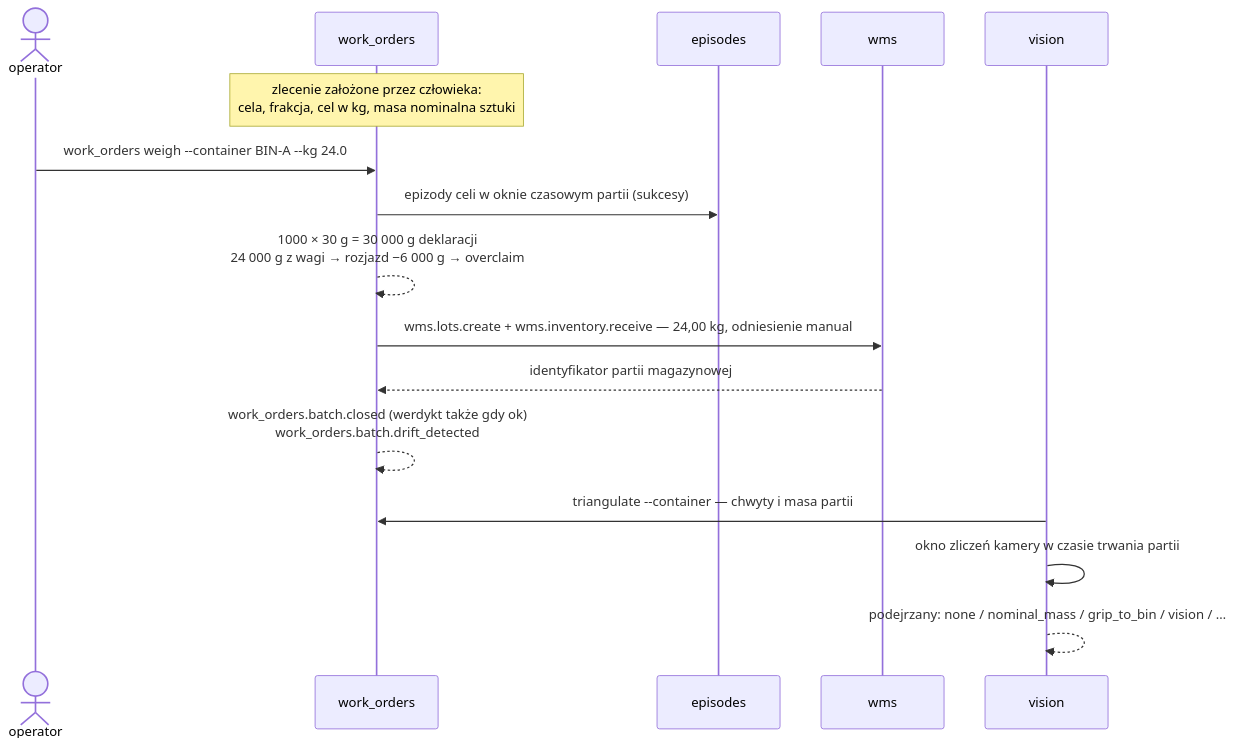
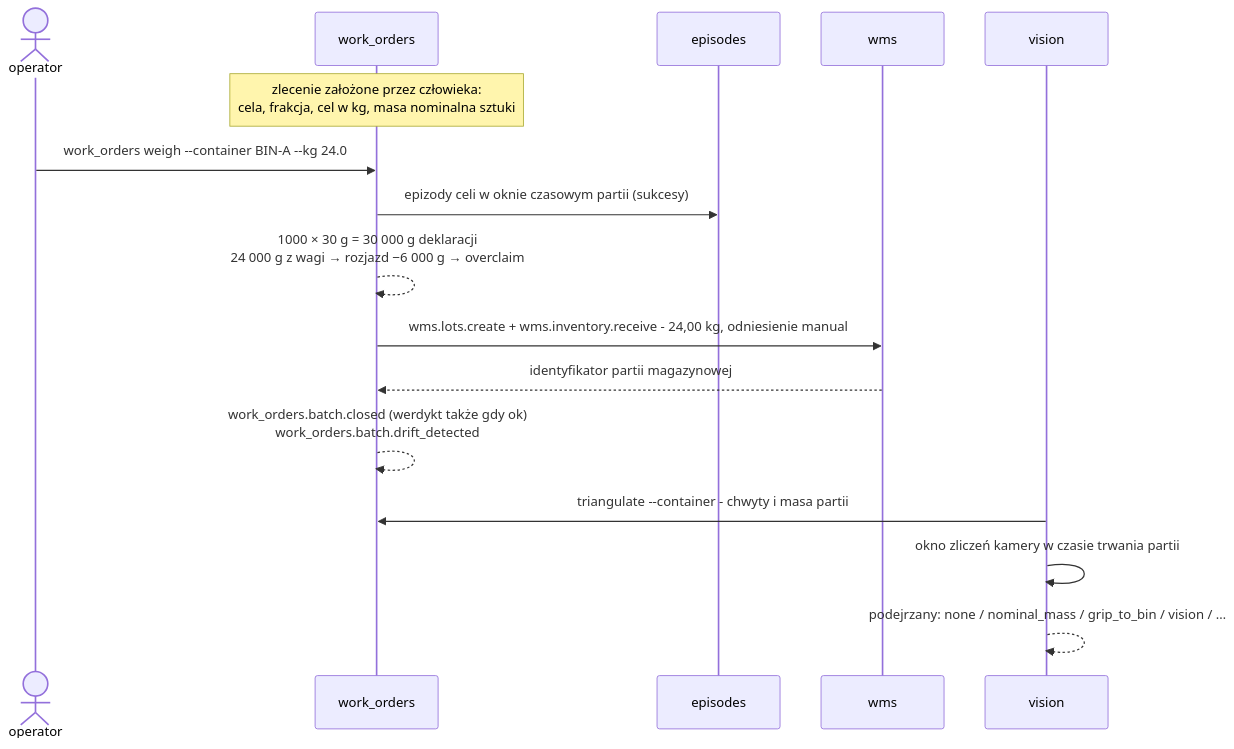
One commit to machinekind/openmercato_garbagekind changed the fifth of 6 diagrams in README.md. Above: the diagram before and after it, drawn with Mermaid. The commit also changed other lines of this file and 295 other files, not shown here.

````diff
--- a/README.md
+++ b/README.md
@@ -834,19 +894,19 @@
 ```mermaid
 sequenceDiagram
     actor O as operator
     participant WO as work_orders
     participant E as episodes
     participant WMS as wms
     participant V as vision
 
     Note over WO: zlecenie założone przez człowieka:<br/>cela, frakcja, cel w kg, masa nominalna sztuki
     O->>WO: work_orders weigh --container BIN-A --kg 24.0
     WO->>E: epizody celi w oknie czasowym partii (sukcesy)
     WO-->>WO: 1000 × 30 g = 30 000 g deklaracji<br/>24 000 g z wagi → rozjazd −6 000 g → overclaim
-    WO->>WMS: wms.lots.create + wms.inventory.receive — 24,00 kg, odniesienie manual
+    WO->>WMS: wms.lots.create + wms.inventory.receive - 24,00 kg, odniesienie manual
     WMS-->>WO: identyfikator partii magazynowej
     WO-->>WO: work_orders.batch.closed (werdykt także gdy ok)<br/>work_orders.batch.drift_detected
-    V->>WO: triangulate --container — chwyty i masa partii
+    V->>WO: triangulate --container - chwyty i masa partii
     V->>V: okno zliczeń kamery w czasie trwania partii
     V-->>V: podejrzany: none / nominal_mass / grip_to_bin / vision / …
 ```
````
